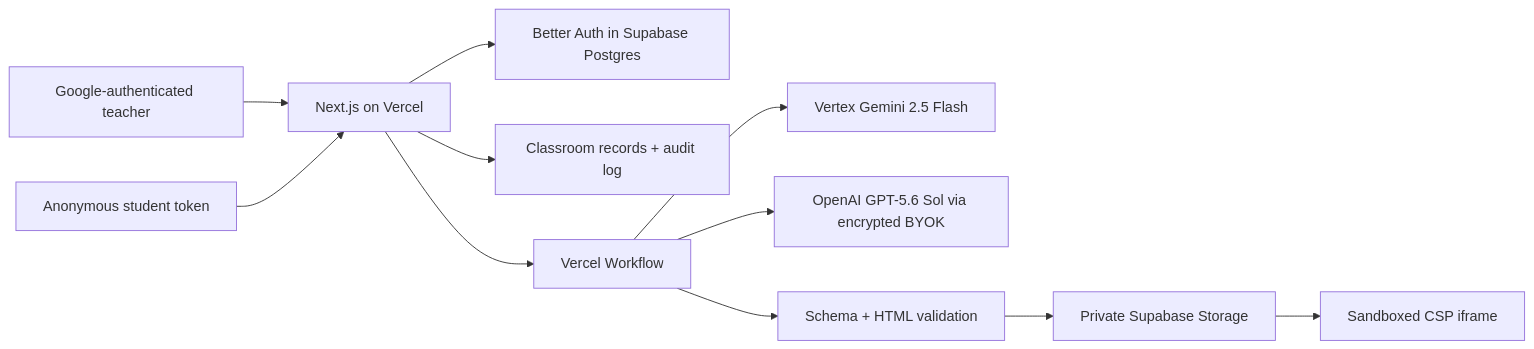
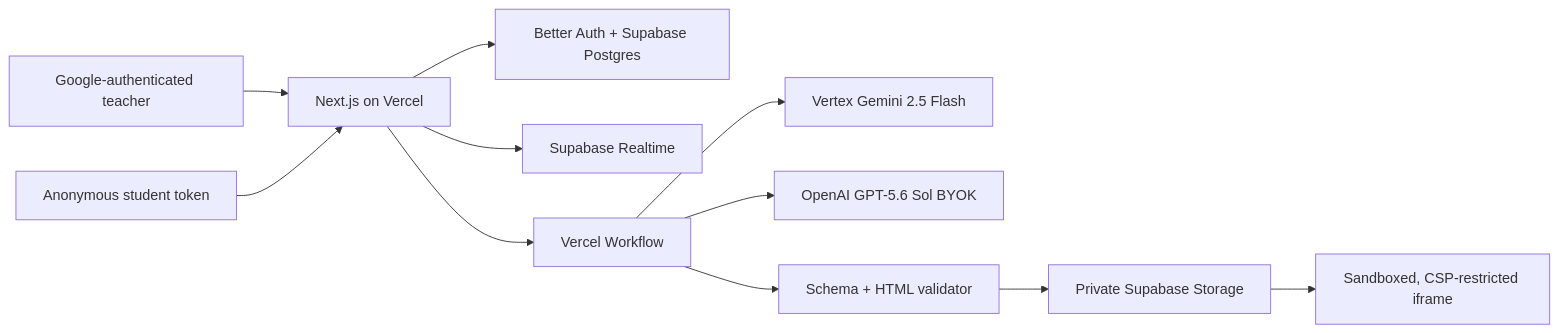
The second of 2 diagrams in README.md (AdarshSingh-ASR/CounterWorlds), drawn with Mermaid before and after one commit. The commit also changed other lines of this file, not shown here.

````diff
--- a/README.md
+++ b/README.md
@@ -19,13 +60,13 @@
 ```mermaid
 flowchart LR
   T[Google-authenticated teacher] --> N[Next.js on Vercel]
   S[Anonymous student token] --> N
-  N --> B[Better Auth in Supabase Postgres]
-  N --> P[Classroom records + audit log]
+  N --> BA[Better Auth + Supabase Postgres]
+  N --> RT[Supabase Realtime]
   N --> W[Vercel Workflow]
   W --> G[Vertex Gemini 2.5 Flash]
-  W --> O[OpenAI GPT-5.6 Sol via encrypted BYOK]
-  W --> V[Schema + HTML validation]
+  W --> O[OpenAI GPT-5.6 Sol BYOK]
+  W --> V[Schema + HTML validator]
   V --> ST[Private Supabase Storage]
-  ST --> I[Sandboxed CSP iframe]
+  ST --> I[Sandboxed, CSP-restricted iframe]
 ```
````
